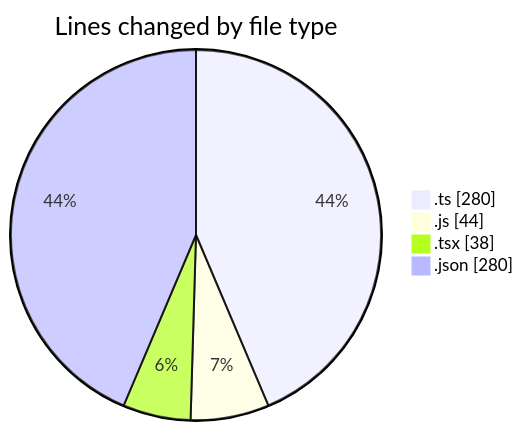
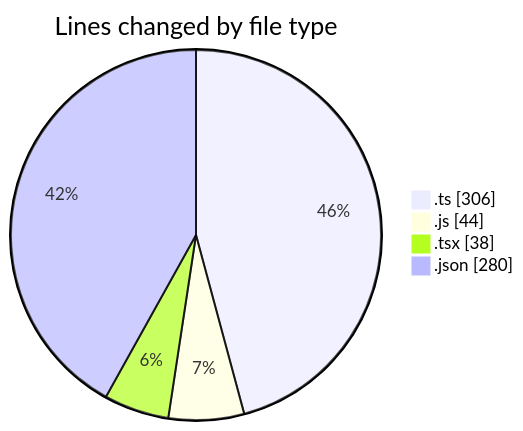
The first of 2 diagrams in 2026-08-03/cda/README.md (momahboobian/code-tracking), drawn with Mermaid before and after one commit. The commit also changed other lines of this file and 1 other file, not shown here.

````diff
--- a/2026-08-03/cda/README.md
+++ b/2026-08-03/cda/README.md
@@ -29,8 +29,8 @@
 ```mermaid
 pie showData
 title Lines changed by file type
-".ts" : 280
+".ts" : 306
 ".js" : 44
 ".tsx" : 38
 ".json" : 280
 ```
````
